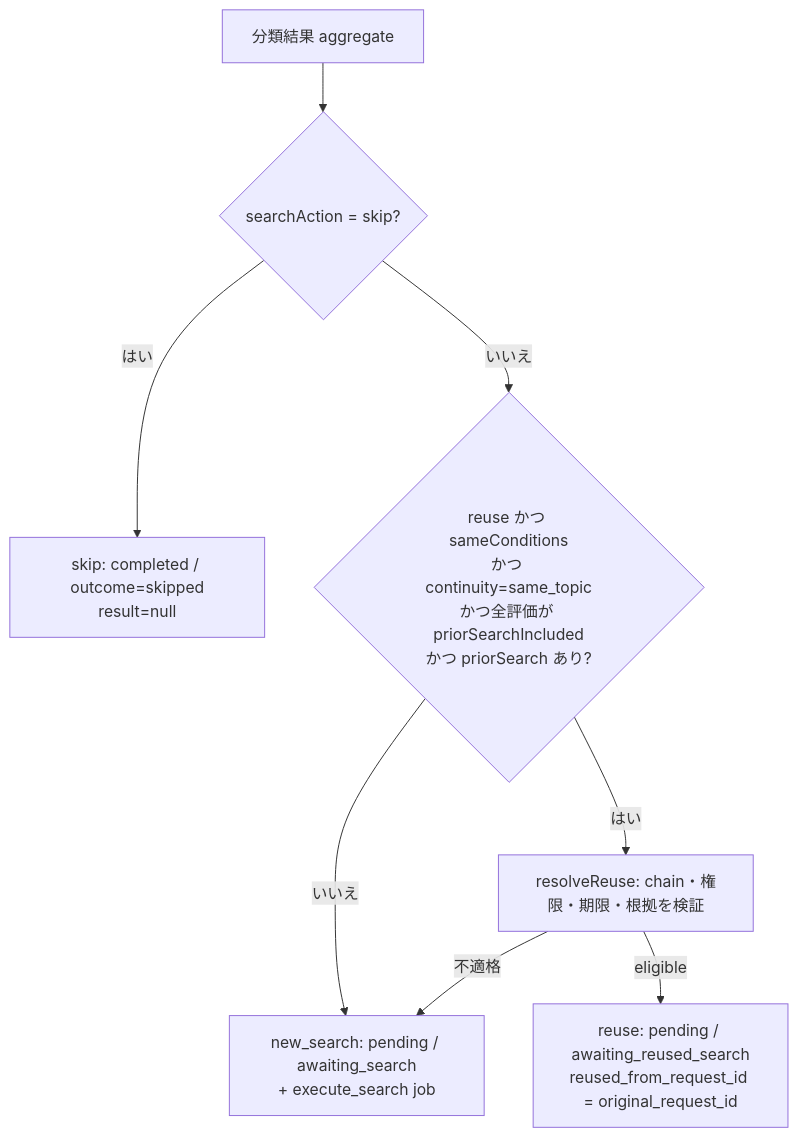
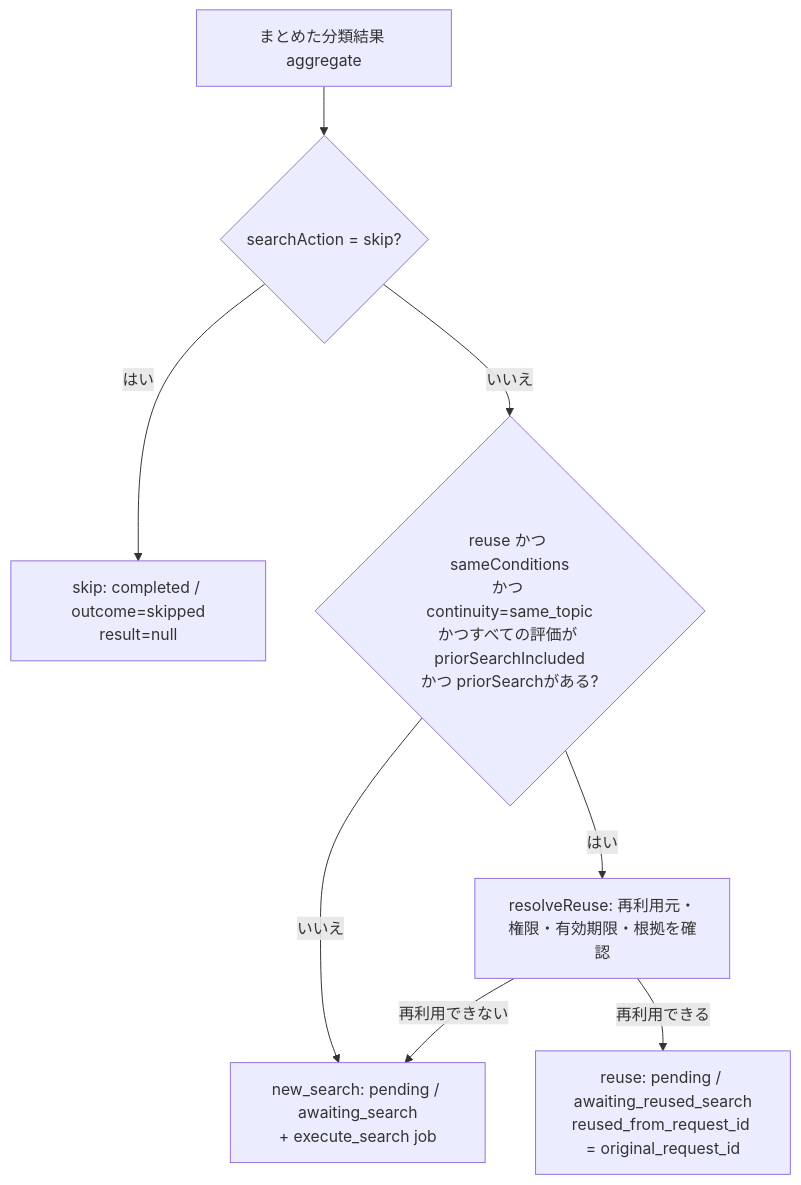
The second of 3 diagrams in search-flow.md (k2-dev0/yori), drawn with Mermaid before and after one commit. The commit also changed other lines of this file, not shown here.

Commit message:
search-flow.md: 説明を分かりやすい言葉に変更

````diff
--- a/search-flow.md
+++ b/search-flow.md
@@ -41,10 +41,10 @@
 ```mermaid
 flowchart TB
-  A["分類結果 aggregate"] --> B{"searchAction = skip?"}
+  A["まとめた分類結果 aggregate"] --> B{"searchAction = skip?"}
   B -->|はい| C["skip: completed / outcome=skipped<br/>result=null"]
-  B -->|いいえ| D{"reuse かつ sameConditions<br/>かつ continuity=same_topic<br/>かつ全評価が priorSearchIncluded<br/>かつ priorSearch あり?"}
+  B -->|いいえ| D{"reuse かつ sameConditions<br/>かつ continuity=same_topic<br/>かつすべての評価が priorSearchIncluded<br/>かつ priorSearchがある?"}
   D -->|いいえ| F["new_search: pending / awaiting_search<br/>+ execute_search job"]
-  D -->|はい| E["resolveReuse: chain・権限・期限・根拠を検証"]
-  E -->|eligible| G["reuse: pending / awaiting_reused_search<br/>reused_from_request_id = original_request_id"]
-  E -->|不適格| F
+  D -->|はい| E["resolveReuse: 再利用元・権限・有効期限・根拠を確認"]
+  E -->|再利用できる| G["reuse: pending / awaiting_reused_search<br/>reused_from_request_id = original_request_id"]
+  E -->|再利用できない| F
 ```
````
